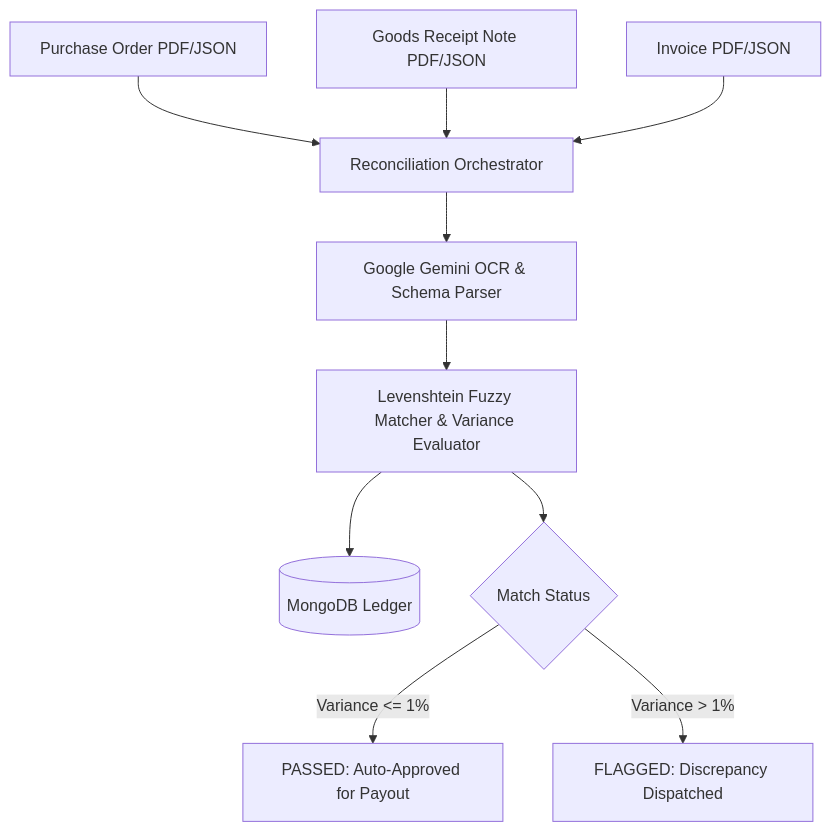
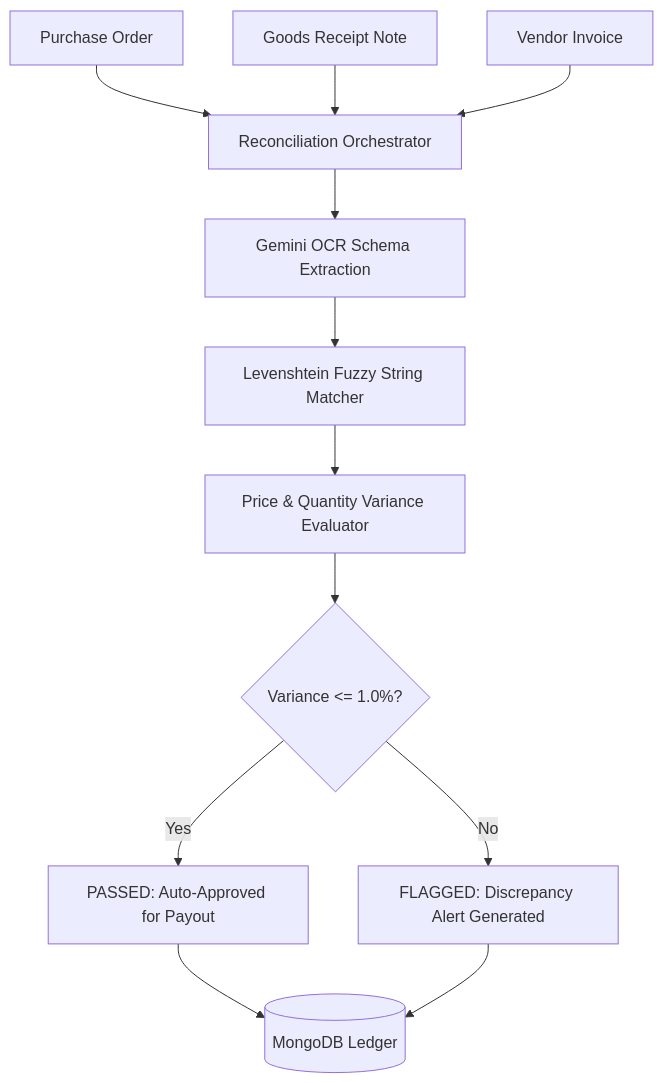
Before and after one commit to KrishnaKanhaiya1/Three-Way-MatchEngine: the diagram in README.md, drawn with Mermaid. The commit also changed other lines of this file, not shown here.

````diff
--- a/README.md
+++ b/README.md
@@ -14,12 +20,17 @@
 ```mermaid
-graph TD
-    PO[Purchase Order PDF/JSON] --> Engine[Reconciliation Orchestrator]
-    GRN[Goods Receipt Note PDF/JSON] --> Engine
-    INV[Invoice PDF/JSON] --> Engine
-    Engine --> OCR[Google Gemini OCR & Schema Parser]
-    OCR --> Matcher[Levenshtein Fuzzy Matcher & Variance Evaluator]
-    Matcher --> DB[(MongoDB Ledger)]
-    Matcher --> Status{Match Status}
-    Status -->|Variance <= 1%| PASSED[PASSED: Auto-Approved for Payout]
-    Status -->|Variance > 1%| FLAGGED[FLAGGED: Discrepancy Dispatched]
+flowchart TD
+    PO[Purchase Order] --> Engine[Reconciliation Orchestrator]
+    GRN[Goods Receipt Note] --> Engine
+    INV[Vendor Invoice] --> Engine
+    
+    Engine --> GeminiOCR[Gemini OCR Schema Extraction]
+    GeminiOCR --> FuzzyMatcher[Levenshtein Fuzzy String Matcher]
+    FuzzyMatcher --> VarianceCalc[Price & Quantity Variance Evaluator]
+    
+    VarianceCalc --> Decision{Variance <= 1.0%?}
+    Decision -->|Yes| AutoApprove[PASSED: Auto-Approved for Payout]
+    Decision -->|No| Flagged[FLAGGED: Discrepancy Alert Generated]
+    
+    AutoApprove --> MongoDB[(MongoDB Ledger)]
+    Flagged --> MongoDB
 ```
````
